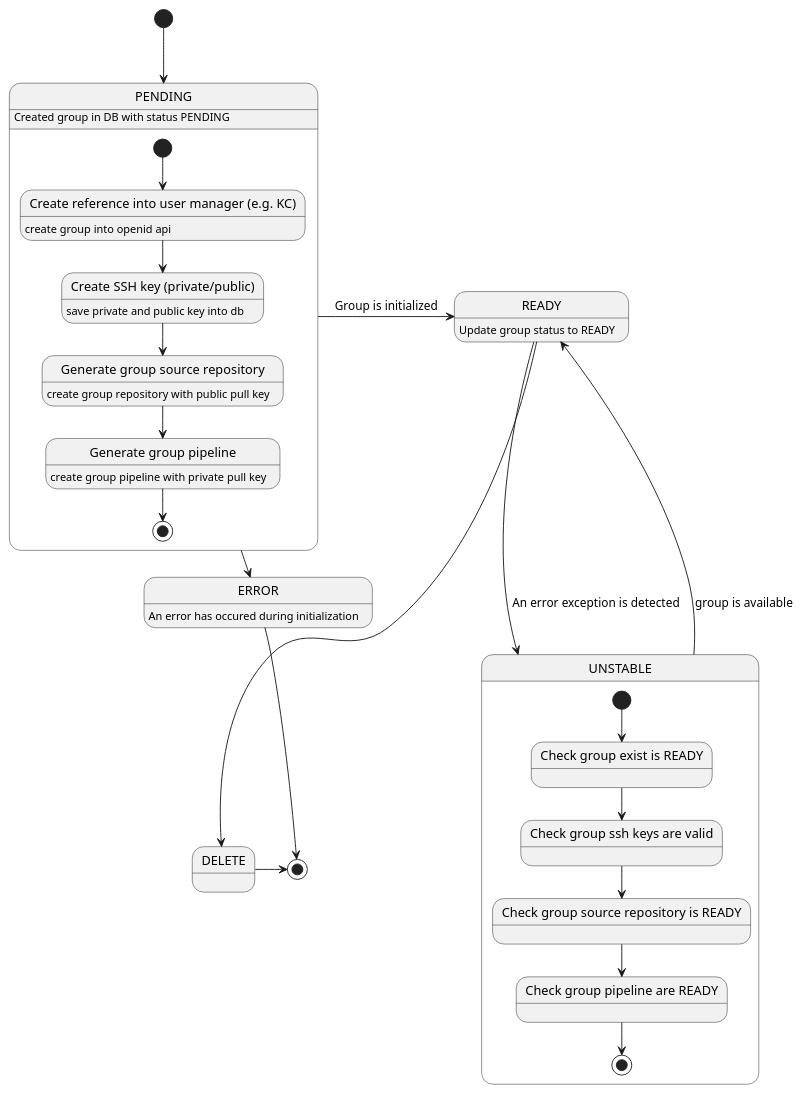
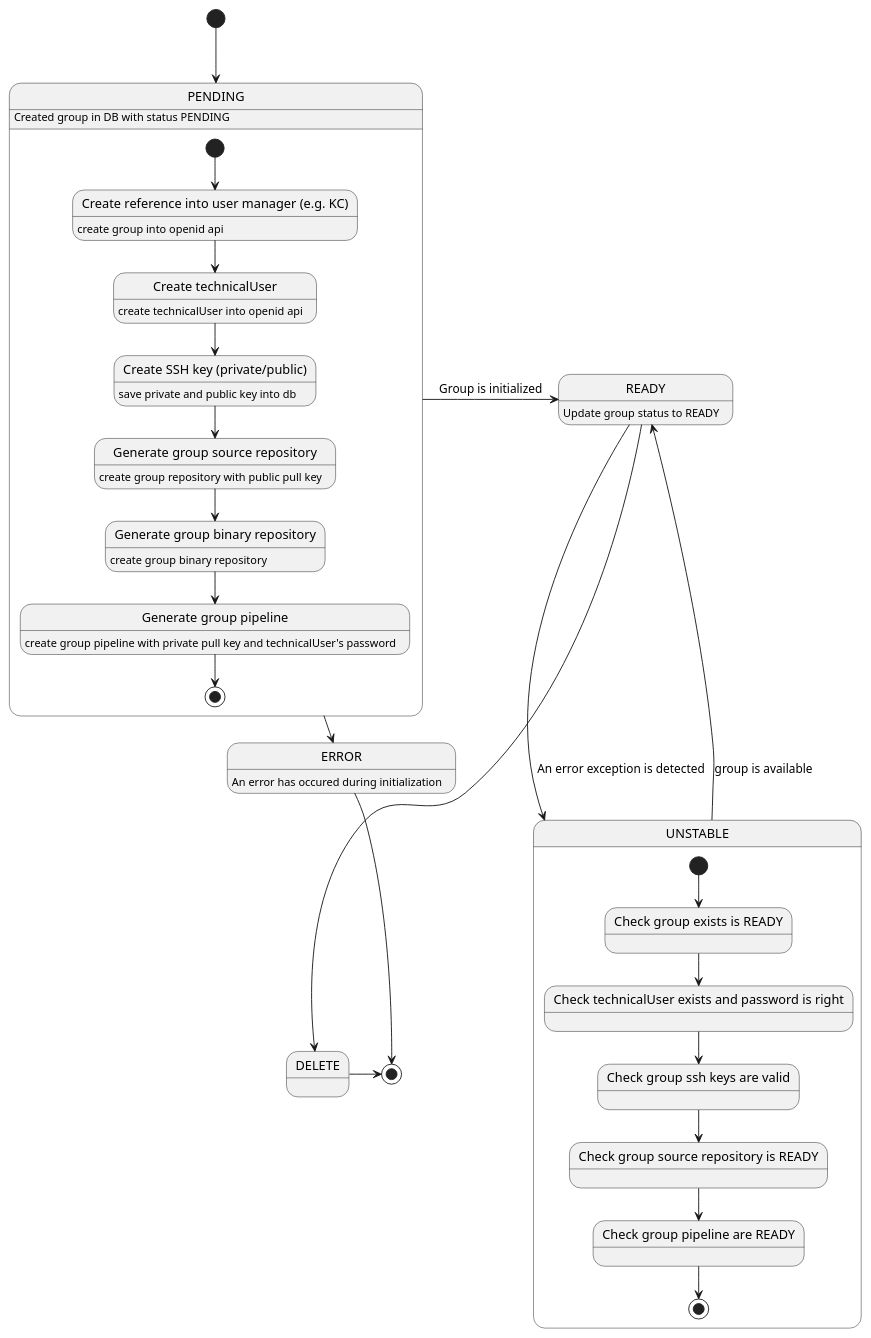
Before and after one commit to kathra-project/specifications: the diagram in Use cases/Group/lifecycle-state-machine.puml, drawn with PlantUML. The commit also changed 4 other files, not shown here.

Commit message:
Group - manage technicalUser

```diff
--- a/Use cases/Group/lifecycle-state-machine.puml
+++ b/Use cases/Group/lifecycle-state-machine.puml
@@ -1,36 +1,42 @@
 @startuml
 [*] --> PENDING
 PENDING : Created group in DB with status PENDING
 ERROR : An error has occured during initialization
 state PENDING {
     state "Create reference into user manager (e.g. KC)" as createIntoUserManager : create group into openid api
+    state "Create technicalUser" as createTechnicalUserIntoUserManager : create technicalUser into openid api
     state "Create SSH key (private/public)" as generateSshKey : save private and public key into db
     state "Generate group source repository" as generateGroupSourceRepository : create group repository with public pull key
-    state "Generate group pipeline" as generateGroupPipeline : create group pipeline with private pull key
+    state "Generate group pipeline" as generateGroupPipeline : create group pipeline with private pull key and technicalUser's password
+    state "Generate group binary repository" as generateGroupBinaryRepository : create group binary repository
     [*] --> createIntoUserManager
-    createIntoUserManager --> generateSshKey
+    createIntoUserManager --> createTechnicalUserIntoUserManager
+    createTechnicalUserIntoUserManager --> generateSshKey
     generateSshKey --> generateGroupSourceRepository
-    generateGroupSourceRepository --> generateGroupPipeline
+    generateGroupSourceRepository --> generateGroupBinaryRepository
+    generateGroupBinaryRepository --> generateGroupPipeline
     generateGroupPipeline --> [*]
 }
 ERROR -> [*]
 PENDING -> READY : Group is initialized
 PENDING -> ERROR
 READY : Update group status to READY
 READY --> UNSTABLE : An error exception is detected
 state UNSTABLE {
-    state "Check group exist is READY" as checkUserManager
+    state "Check group exists is READY" as checkUserManager
+    state "Check technicalUser exists and password is right" as checkTechnicalUser
     state "Check group ssh keys are valid" as checkSshKeyValidity
     state "Check group source repository is READY" as checkSourceRepository
     state "Check group pipeline are READY" as checkPipeline
     [*] --> checkUserManager
-    checkUserManager --> checkSshKeyValidity
+    checkUserManager --> checkTechnicalUser
+    checkTechnicalUser --> checkSshKeyValidity
     checkSshKeyValidity --> checkSourceRepository
     checkSourceRepository --> checkPipeline
     checkPipeline --> [*]
 }
 UNSTABLE -> READY : group is available
 READY --> DELETE
 DELETE -> [*]
 
 @enduml
```
